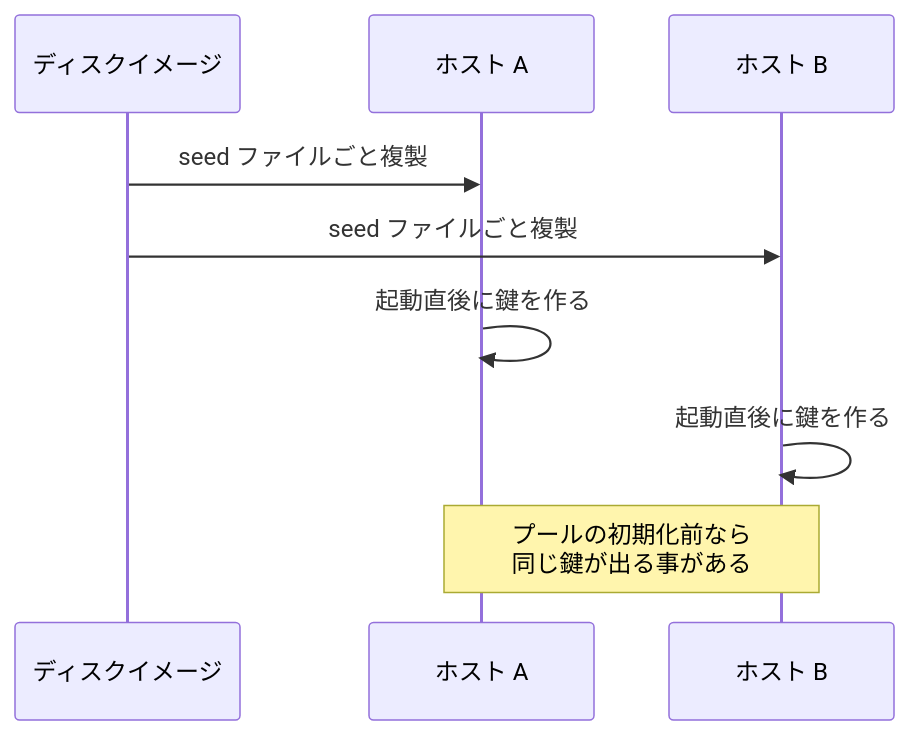
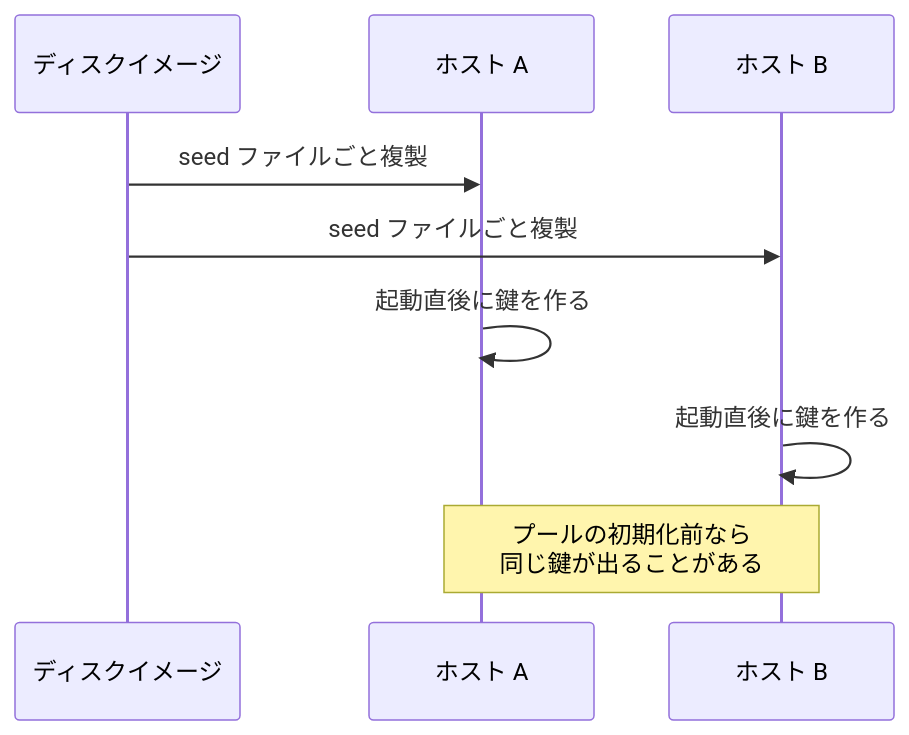
Before and after one commit to nao1215/debimate: the sixth of 9 diagrams in content/notes/security/random-number/index.md, drawn with Mermaid. The commit also changed other lines of this file and 56 other files, not shown here.

````diff
--- a/content/notes/security/random-number/index.md
+++ b/content/notes/security/random-number/index.md
@@ -172,11 +172,11 @@
 ```mermaid
 sequenceDiagram
     participant I as ディスクイメージ
     participant A as ホスト A
     participant B as ホスト B
     I->>A: seed ファイルごと複製
     I->>B: seed ファイルごと複製
     A->>A: 起動直後に鍵を作る
     B->>B: 起動直後に鍵を作る
-    Note over A,B: プールの初期化前なら<br/>同じ鍵が出る事がある
+    Note over A,B: プールの初期化前なら<br/>同じ鍵が出ることがある
 ```
````
